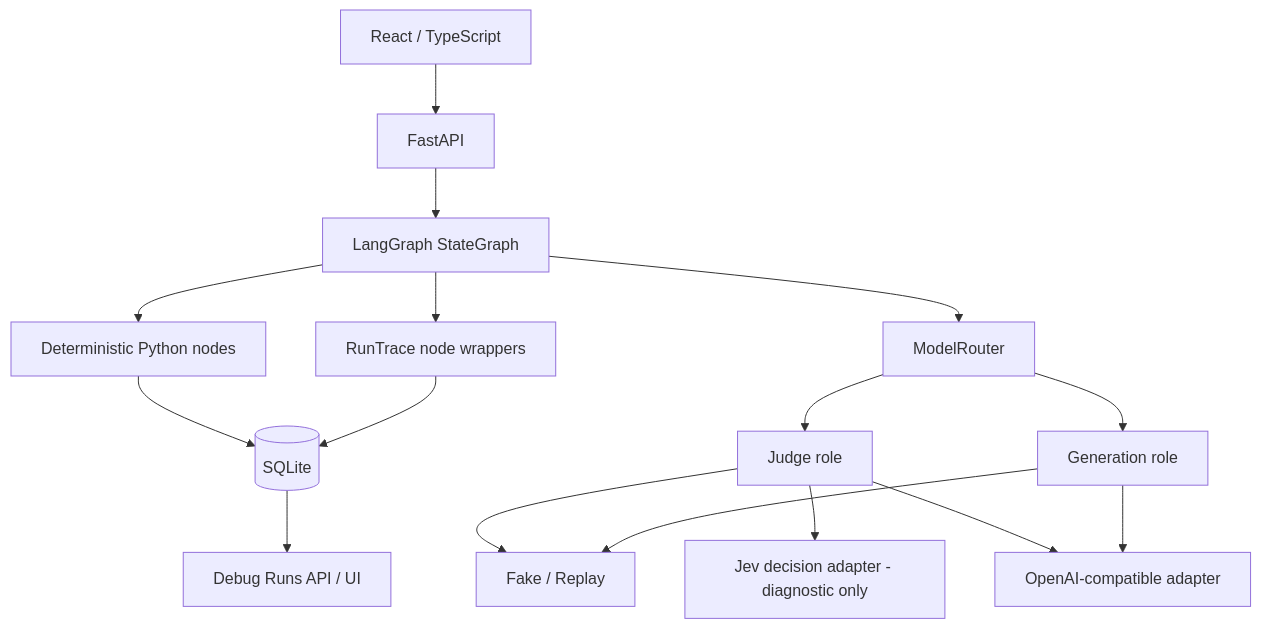
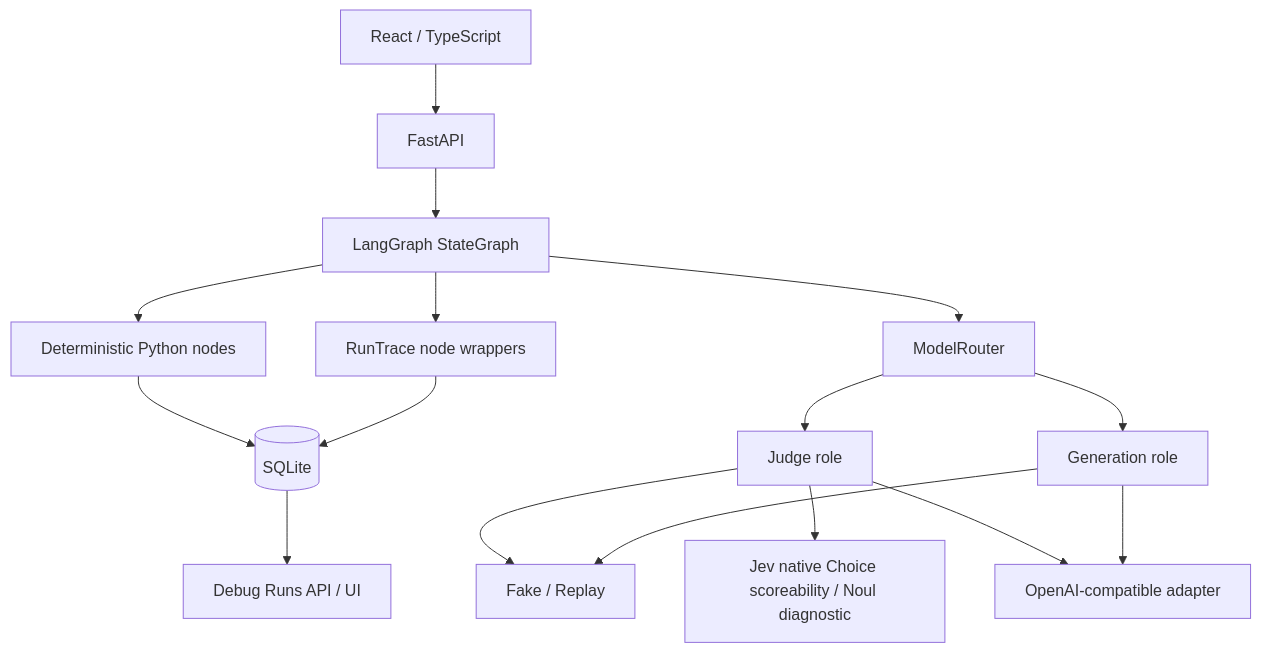
The diagram in docs/ARCHITECTURE.md (Houlx/career-copilot), drawn with Mermaid before and after one commit. The commit also changed other lines of this file and 51 other files, not shown here.

````diff
--- a/docs/ARCHITECTURE.md
+++ b/docs/ARCHITECTURE.md
@@ -5,18 +5,18 @@
 ```mermaid
 flowchart TD
     UI[React / TypeScript] --> API[FastAPI]
     API --> Graph[LangGraph StateGraph]
     Graph --> Python[Deterministic Python nodes]
     Python --> DB[(SQLite)]
     Graph --> Router[ModelRouter]
     Router --> Judge[Judge role]
     Router --> Generation[Generation role]
     Judge --> Offline[Fake / Replay]
     Generation --> Offline
-    Judge --> Jev[Jev decision adapter - diagnostic only]
+    Judge --> Jev[Jev native Choice scoreability / Noul diagnostic]
     Judge --> Compatible[OpenAI-compatible adapter]
     Generation --> Compatible
     Graph --> Trace[RunTrace node wrappers]
     Trace --> DB
     DB --> Debug[Debug Runs API / UI]
 ```
````
